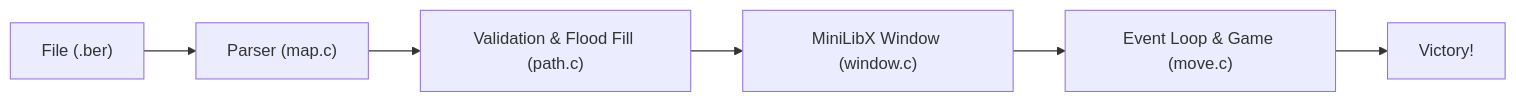
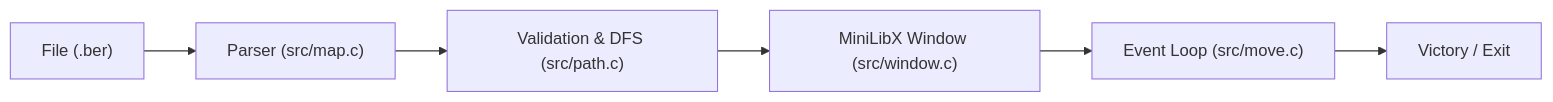
One commit to Shifuuu31/So_Long_42-cursus changed the diagram in README.md. Above: the diagram before and after it, drawn with Mermaid. The commit also changed other lines of this file and 53 other files, not shown here.

````diff
--- a/README.md
+++ b/README.md
@@ -68,8 +106,8 @@
 ```mermaid
 flowchart LR
-    A["File (.ber)"] --> B["Parser (map.c)"]
-    B --> C["Validation & Flood Fill (path.c)"]
-    C --> D["MiniLibX Window (window.c)"]
-    D --> E["Event Loop & Game (move.c)"]
-    E --> F["Victory!"]
+    A["File (.ber)"] --> B["Parser (src/map.c)"]
+    B --> C["Validation & DFS (src/path.c)"]
+    C --> D["MiniLibX Window (src/window.c)"]
+    D --> E["Event Loop (src/move.c)"]
+    E --> F["Victory / Exit"]
 ```
````
